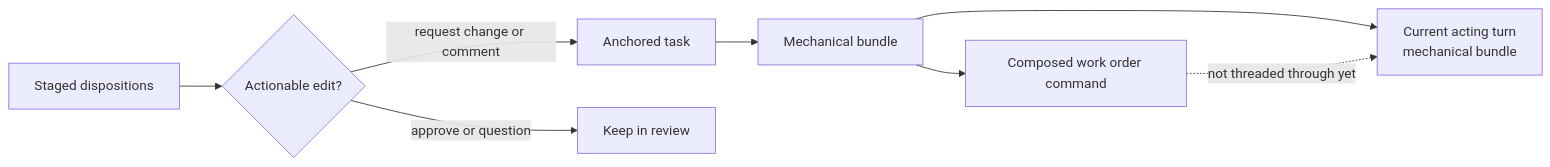
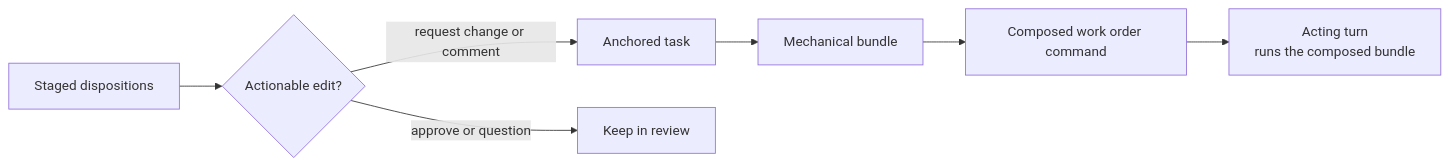
Before and after one commit to rbutera/Rennet: the second of 5 diagrams in docs/src/content/docs/developing/concepts/agent-handoff.md, drawn with Mermaid. The commit also changed other lines of this file and 17 other files, not shown here.

First line of the commit message:
feat(core,protocol,ui,desktop): run and preview the composed handoff bundle (#72)

````diff
--- a/docs/src/content/docs/developing/concepts/agent-handoff.md
+++ b/docs/src/content/docs/developing/concepts/agent-handoff.md
@@ -62,10 +62,9 @@
 ```mermaid
 flowchart LR
   dispositions["Staged dispositions"] --> filter{"Actionable edit?"}
   filter -->|request change or comment| task["Anchored task"]
   filter -->|approve or question| local["Keep in review"]
   task --> bundle["Mechanical bundle"]
   bundle --> composer["Composed work order command"]
-  bundle --> turn["Current acting turn<br/>mechanical bundle"]
-  composer -. "not threaded through yet" .-> turn
+  composer --> turn["Acting turn<br/>runs the composed bundle"]
 ```
````
